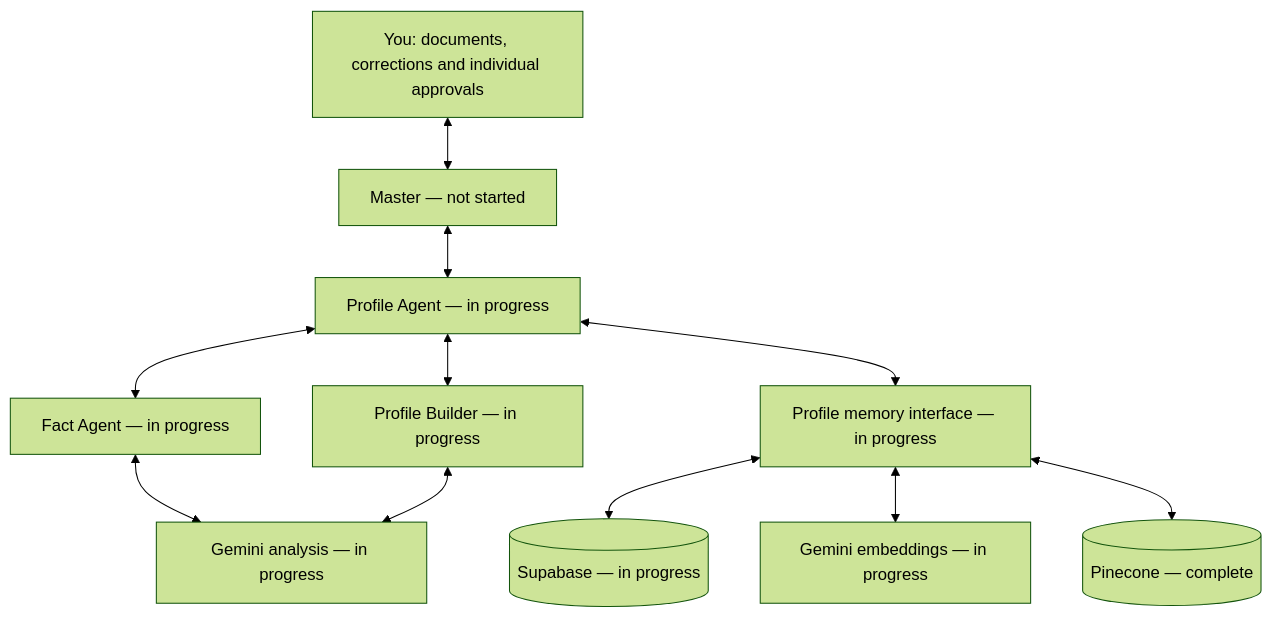
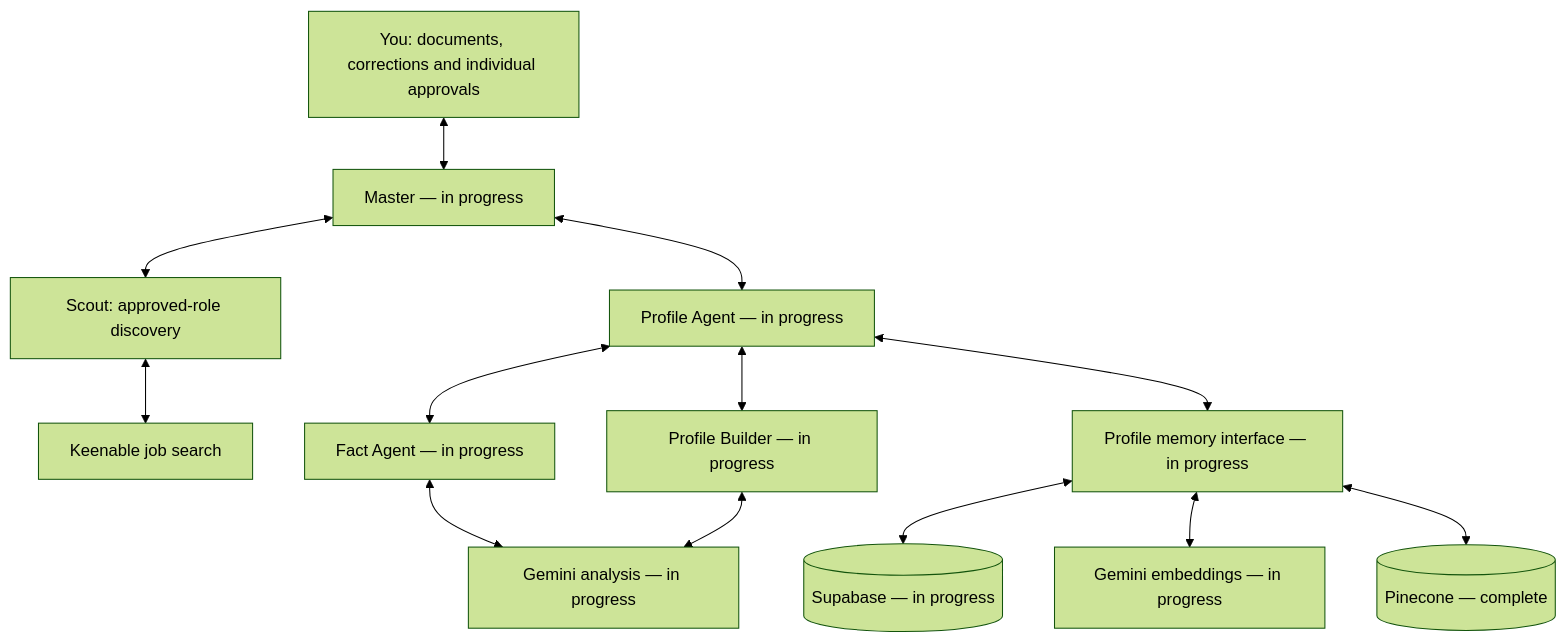
One commit to ujjwalbhateja/Career_Scout changed the diagram in docs/profile-architecture.md. Above: the diagram before and after it, drawn with Mermaid (forest theme). The commit also changed other lines of this file and 18 other files, not shown here.

````diff
--- a/docs/profile-architecture.md
+++ b/docs/profile-architecture.md
@@ -5,13 +5,15 @@
 ```mermaid
 flowchart TD
-    U["You: documents, corrections and individual approvals"] <--> M["Master — not started"]
+    U["You: documents, corrections and individual approvals"] <--> M["Master — in progress"]
     M <--> P["Profile Agent — in progress"]
+    M <--> SC["Scout: approved-role discovery"]
+    SC <--> K["Keenable job search"]
     P <--> F["Fact Agent — in progress"]
     P <--> B["Profile Builder — in progress"]
     P <--> R["Profile memory interface — in progress"]
     F <--> A["Gemini analysis — in progress"]
     B <--> A
     R <--> S[("Supabase — in progress")]
     R <--> E["Gemini embeddings — in progress"]
     R <--> V[("Pinecone — complete")]
 ```
````
